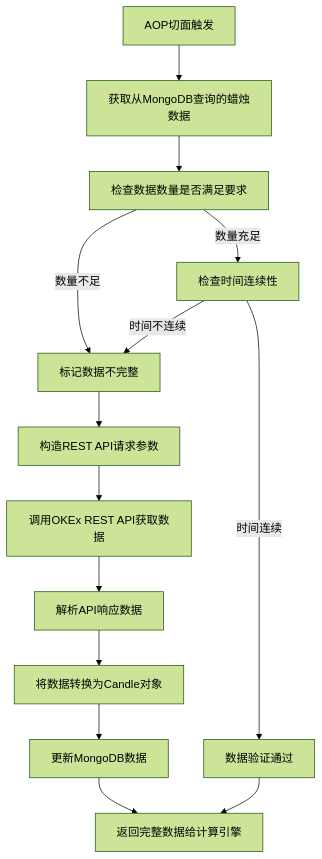
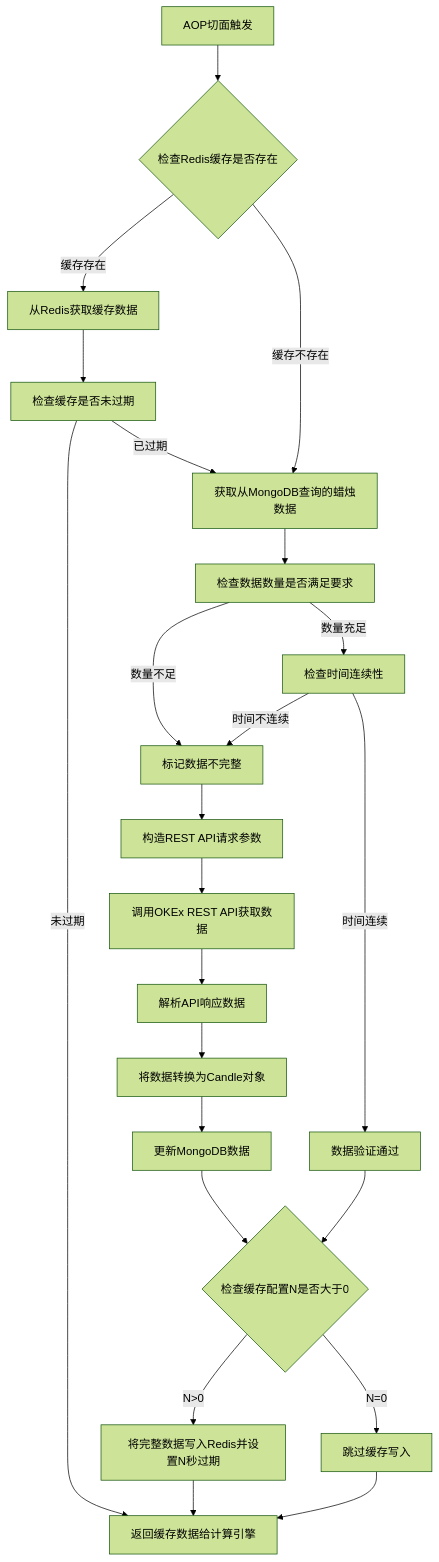
One commit to bidepideyipi/okex-trans5 changed the second of 8 diagrams in doc/ARCHITECTURE.md. Above: the diagram before and after it, drawn with Mermaid (forest theme). The commit also changed other lines of this file and 16 other files, not shown here.

Commit message:
Websocket 订阅交易对的K线图

````diff
--- a/doc/ARCHITECTURE.md
+++ b/doc/ARCHITECTURE.md
@@ -480,16 +487,25 @@
 ```mermaid
 flowchart TD
-    A[AOP切面触发] --> B[获取从MongoDB查询的蜡烛数据]
-    B --> C[检查数据数量是否满足要求]
-    C -->|数量不足| D[标记数据不完整]
-    C -->|数量充足| E[检查时间连续性]
-    E -->|时间不连续| D
-    E -->|时间连续| F[数据验证通过]
-    D --> G[构造REST API请求参数]
-    G --> H[调用OKEx REST API获取数据]
-    H --> I[解析API响应数据]
-    I --> J[将数据转换为Candle对象]
-    J --> K[更新MongoDB数据]
-    K --> L[返回完整数据给计算引擎]
-    F --> L
+    A[AOP切面触发] --> B{检查Redis缓存是否存在}
+    B -->|缓存存在| C[从Redis获取缓存数据]
+    C --> D[检查缓存是否未过期]
+    D -->|未过期| L[返回缓存数据给计算引擎]
+    D -->|已过期| E[获取从MongoDB查询的蜡烛数据]
+    B -->|缓存不存在| E
+    E --> F[检查数据数量是否满足要求]
+    F -->|数量不足| G[标记数据不完整]
+    F -->|数量充足| H[检查时间连续性]
+    H -->|时间不连续| G
+    H -->|时间连续| I[数据验证通过]
+    G --> J[构造REST API请求参数]
+    J --> K[调用OKEx REST API获取数据]
+    K --> M[解析API响应数据]
+    M --> N[将数据转换为Candle对象]
+    N --> O[更新MongoDB数据]
+    O --> P{检查缓存配置N是否大于0}
+    P -->|N>0| Q[将完整数据写入Redis并设置N秒过期]
+    P -->|N=0| R[跳过缓存写入]
+    I --> P
+    Q --> L
+    R --> L
 ```
````
